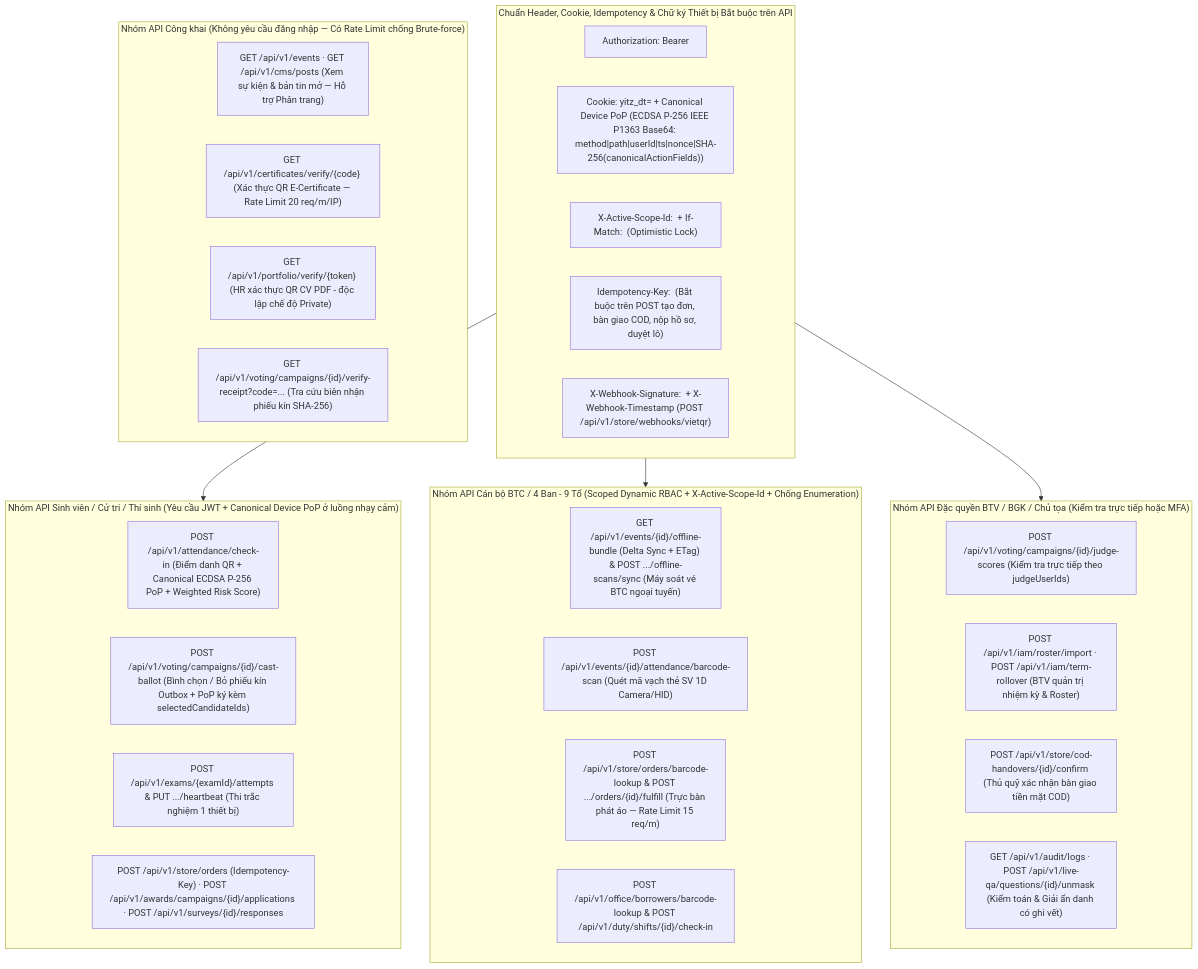
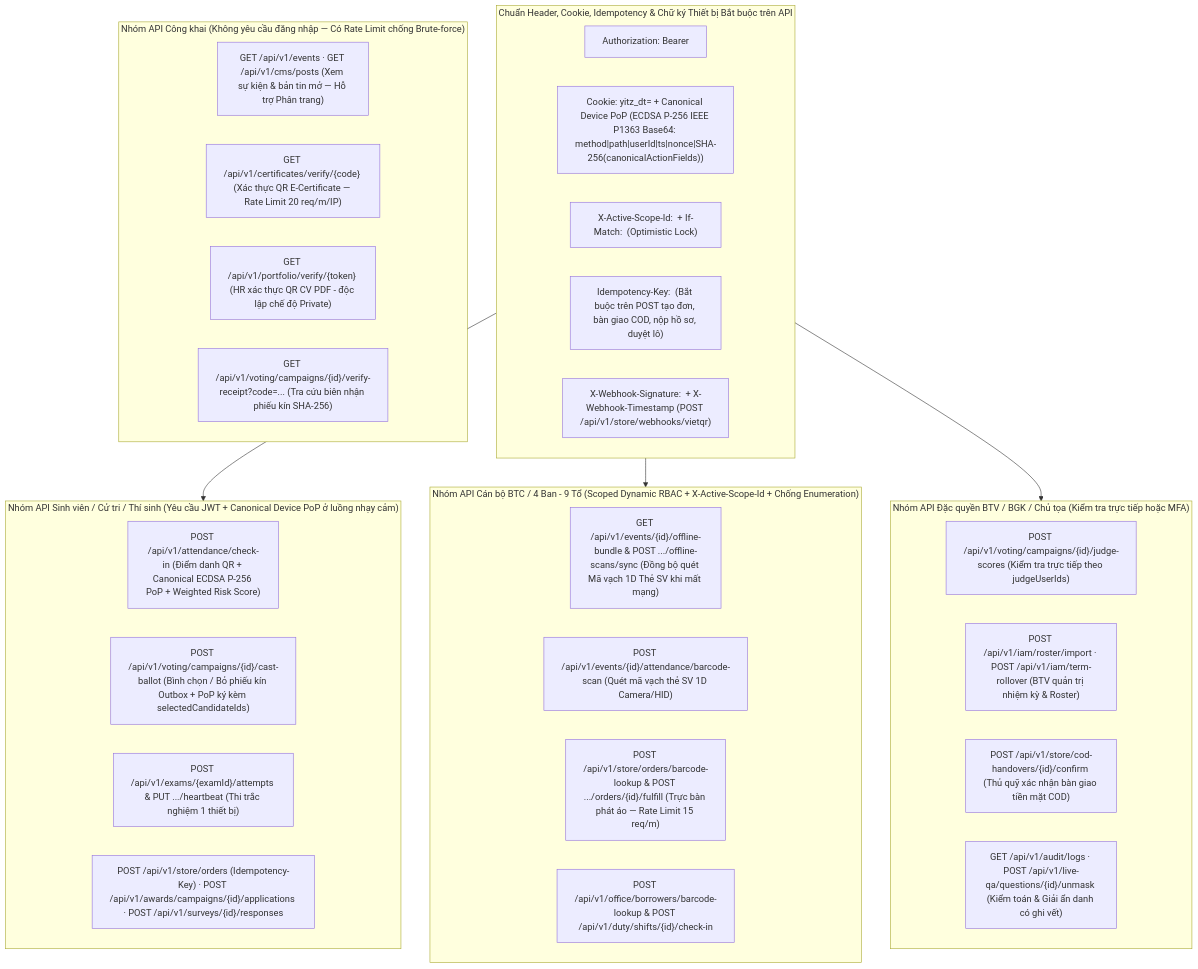
The second of 2 diagrams in document/API_Overview_YITZone.md (tuong149/YITZone), drawn with Mermaid before and after one commit. The commit also changed other lines of this file and 392 other files, not shown here.

````diff
--- a/document/API_Overview_YITZone.md
+++ b/document/API_Overview_YITZone.md
@@ -83,40 +83,40 @@
 ```mermaid
 flowchart TB
     subgraph RequestSecurity["Chuẩn Header, Cookie, Idempotency & Chữ ký Thiết bị Bắt buộc trên API"]
         H1["Authorization: Bearer <JWT Access Token (chứa permVer & scopes)>"]
         H2["Cookie: yitz_dt=<HttpOnly Device Token> + Canonical Device PoP (ECDSA P-256 IEEE P1363 Base64: method|path|userId|ts|nonce|SHA-256(canonicalActionFields))"]
         H3["X-Active-Scope-Id: <unitId | eventId | campaignId | FACULTY> + If-Match: <version> (Optimistic Lock)"]
         H4["Idempotency-Key: <UUIDv4> (Bắt buộc trên POST tạo đơn, bàn giao COD, nộp hồ sơ, duyệt lô)"]
         H5["X-Webhook-Signature: <HMAC-SHA256 hex trên '{timestamp}.' + rawBody> + X-Webhook-Timestamp (POST /api/v1/store/webhooks/vietqr)"]
     end
 
     subgraph PublicEndpoints["Nhóm API Công khai (Không yêu cầu đăng nhập — Có Rate Limit chống Brute-force)"]
         P1["GET /api/v1/events · GET /api/v1/cms/posts (Xem sự kiện & bản tin mở — Hỗ trợ Phân trang)"]
         P2["GET /api/v1/certificates/verify/{code} (Xác thực QR E-Certificate — Rate Limit 20 req/m/IP)"]
         P3["GET /api/v1/portfolio/verify/{token} (HR xác thực QR CV PDF - độc lập chế độ Private)"]
         P4["GET /api/v1/voting/campaigns/{id}/verify-receipt?code=... (Tra cứu biên nhận phiếu kín SHA-256)"]
     end
 
     subgraph StudentEndpoints["Nhóm API Sinh viên / Cử tri / Thí sinh (Yêu cầu JWT + Canonical Device PoP ở luồng nhạy cảm)"]
         S1["POST /api/v1/attendance/check-in (Điểm danh QR + Canonical ECDSA P-256 PoP + Weighted Risk Score)"]
         S2["POST /api/v1/voting/campaigns/{id}/cast-ballot (Bình chọn / Bỏ phiếu kín Outbox + PoP ký kèm selectedCandidateIds)"]
         S3["POST /api/v1/exams/{examId}/attempts & PUT .../heartbeat (Thi trắc nghiệm 1 thiết bị)"]
         S4["POST /api/v1/store/orders (Idempotency-Key) · POST /api/v1/awards/campaigns/{id}/applications · POST /api/v1/surveys/{id}/responses"]
     end
 
     subgraph StaffScopedEndpoints["Nhóm API Cán bộ BTC / 4 Ban - 9 Tổ (Scoped Dynamic RBAC + X-Active-Scope-Id + Chống Enumeration)"]
-        C1["GET /api/v1/events/{id}/offline-bundle (Delta Sync + ETag) & POST .../offline-scans/sync (Máy soát vé BTC ngoại tuyến)"]
+        C1["GET /api/v1/events/{id}/offline-bundle & POST .../offline-scans/sync (Đồng bộ quét Mã vạch 1D Thẻ SV khi mất mạng)"]
         C2["POST /api/v1/events/{id}/attendance/barcode-scan (Quét mã vạch thẻ SV 1D Camera/HID)"]
         C3["POST /api/v1/store/orders/barcode-lookup & POST .../orders/{id}/fulfill (Trực bàn phát áo — Rate Limit 15 req/m)"]
         C4["POST /api/v1/office/borrowers/barcode-lookup & POST /api/v1/duty/shifts/{id}/check-in"]
     end
 
     subgraph HighPrivilegeEndpoints["Nhóm API Đặc quyền BTV / BGK / Chủ tọa (Kiểm tra trực tiếp hoặc MFA)"]
         L1["POST /api/v1/voting/campaigns/{id}/judge-scores (Kiểm tra trực tiếp theo judgeUserIds)"]
         L2["POST /api/v1/iam/roster/import · POST /api/v1/iam/term-rollover (BTV quản trị nhiệm kỳ & Roster)"]
         L3["POST /api/v1/store/cod-handovers/{id}/confirm (Thủ quỹ xác nhận bàn giao tiền mặt COD)"]
         L4["GET /api/v1/audit/logs · POST /api/v1/live-qa/questions/{id}/unmask (Kiểm toán & Giải ẩn danh có ghi vết)"]
     end
 
     RequestSecurity --> StudentEndpoints & StaffScopedEndpoints & HighPrivilegeEndpoints
 ```
````
